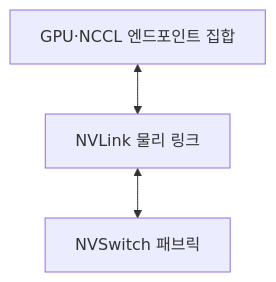
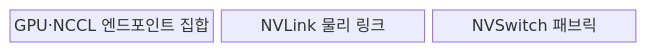
Before and after one commit to agnusdei1207/knowledge-base: the first of 2 diagrams in src/content/docs/notes/02-hardware/047_nvlink.md, drawn with Mermaid. The commit also changed other lines of this file and 20 other files, not shown here.

````diff
--- a/src/content/docs/notes/02-hardware/047_nvlink.md
+++ b/src/content/docs/notes/02-hardware/047_nvlink.md
@@ -66,5 +64,7 @@
 ```mermaid
-flowchart TB
-    G[GPU·NCCL 엔드포인트 집합] <--> L[NVLink 물리 링크]
-    L <--> S[NVSwitch 패브릭]
+block
+    columns 3
+    G["GPU·NCCL 엔드포인트 집합"]
+    L["NVLink 물리 링크"]
+    S["NVSwitch 패브릭"]
 ```
````
